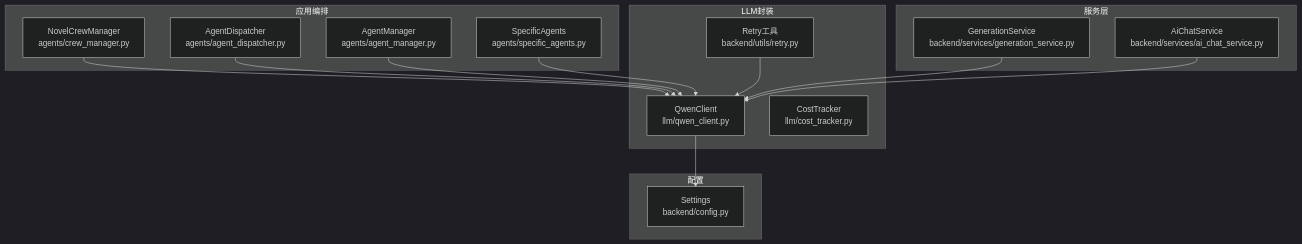
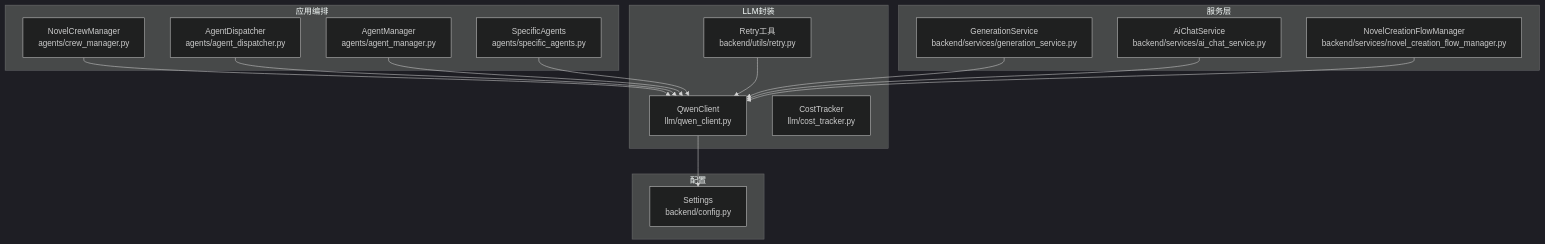
The first of 7 diagrams in .qoder/repowiki/zh/content/LLM集成架构/LLM客户端封装.md (xfbyxq/ai-novel-system), drawn with Mermaid (dark theme) before and after one commit. The commit also changed other lines of this file and 3 other files, not shown here.

````diff
--- a/.qoder/repowiki/zh/content/LLM集成架构/LLM客户端封装.md
+++ b/.qoder/repowiki/zh/content/LLM集成架构/LLM客户端封装.md
@@ -57,29 +57,31 @@
 ```mermaid
 graph TB
 subgraph "LLM封装"
 QC["QwenClient<br/>llm/qwen_client.py"]
 CT["CostTracker<br/>llm/cost_tracker.py"]
 RT["Retry工具<br/>backend/utils/retry.py"]
 end
 subgraph "应用编排"
 CM["NovelCrewManager<br/>agents/crew_manager.py"]
 AD["AgentDispatcher<br/>agents/agent_dispatcher.py"]
 AM["AgentManager<br/>agents/agent_manager.py"]
 SA["SpecificAgents<br/>agents/specific_agents.py"]
 end
 subgraph "服务层"
 GS["GenerationService<br/>backend/services/generation_service.py"]
 ACS["AiChatService<br/>backend/services/ai_chat_service.py"]
+NCFM["NovelCreationFlowManager<br/>backend/services/novel_creation_flow_manager.py"]
 end
 subgraph "配置"
 CFG["Settings<br/>backend/config.py"]
 end
 CM --> QC
 AD --> QC
 AM --> QC
 SA --> QC
 GS --> QC
 ACS --> QC
+NCFM --> QC
 QC --> CFG
 RT --> QC
 ```
````
